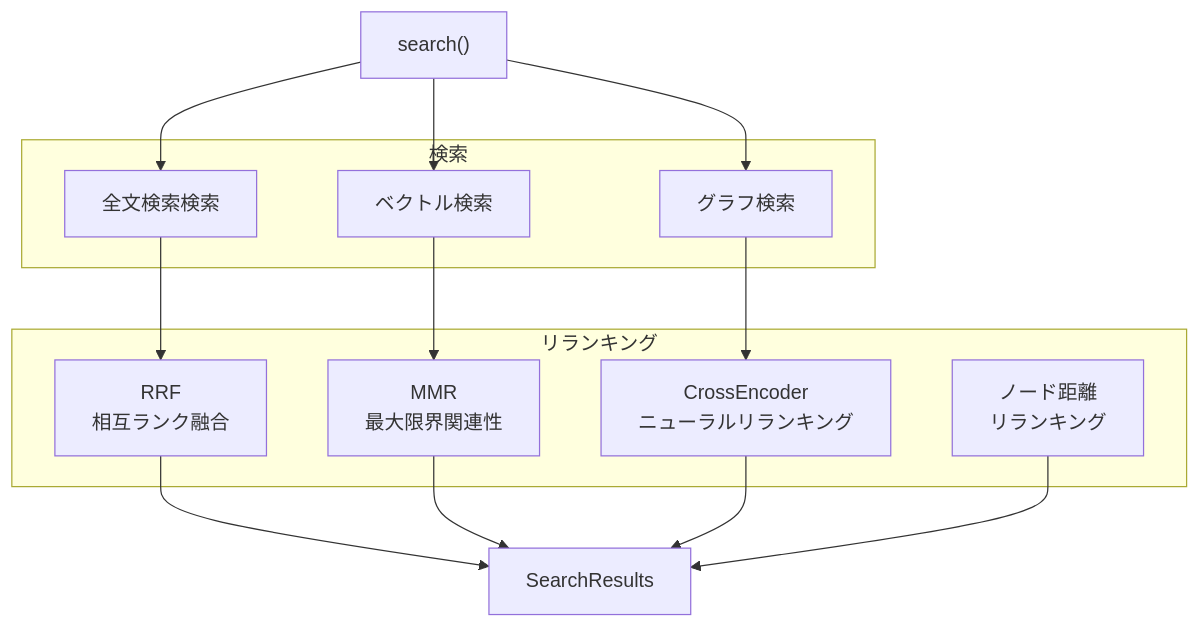
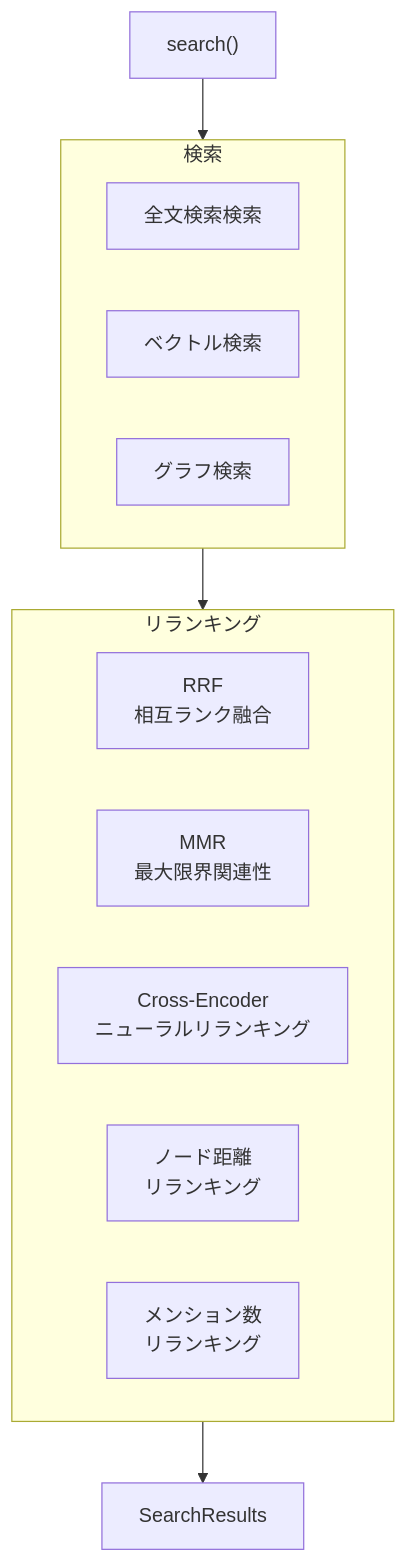
The second of 2 diagrams in articles/local_rag_backend_20250622.md (suwa-sh/zenn-contents), drawn with Mermaid before and after one commit. The commit also changed other lines of this file and 1 other file, not shown here.

````diff
--- a/articles/local_rag_backend_20250622.md
+++ b/articles/local_rag_backend_20250622.md
@@ -102,32 +108,22 @@
 ```mermaid
 graph TD
     SEARCH["search()"]
     
-    subgraph "検索"
+    subgraph PHASE_SEARCH["検索"]
         FULLTEXT["全文検索検索"]
         SIMILARITY["ベクトル検索"]
         BFS["グラフ検索"]
     end
     
-    subgraph "リランキング"
+    subgraph PHASE_RERANK["リランキング"]
         RRF["RRF<br/>相互ランク融合"]
         MMR["MMR<br/>最大限界関連性"]
-        CROSS_ENCODER["CrossEncoder<br/>ニューラルリランキング"]
+        CROSS_ENCODER["Cross-Encoder<br/>ニューラルリランキング"]
         NODE_DISTANCE["ノード距離<br/>リランキング"]
+        EPISODE_MENTIONS["メンション数<br/>リランキング"]
     end
-    
-    SEARCH_RESULTS["SearchResults"]
-    
-    SEARCH --> FULLTEXT
-    SEARCH --> SIMILARITY
-    SEARCH --> BFS
-    
-    FULLTEXT --> RRF
-    SIMILARITY --> MMR
-    BFS --> CROSS_ENCODER
-    
-    RRF --> SEARCH_RESULTS
-    MMR --> SEARCH_RESULTS
-    CROSS_ENCODER --> SEARCH_RESULTS
-    NODE_DISTANCE --> SEARCH_RESULTS
+
+    SEARCH --> PHASE_SEARCH
+    PHASE_SEARCH --> PHASE_RERANK
+    PHASE_RERANK --> SEARCH_RESULTS["SearchResults"]
 ```
````
